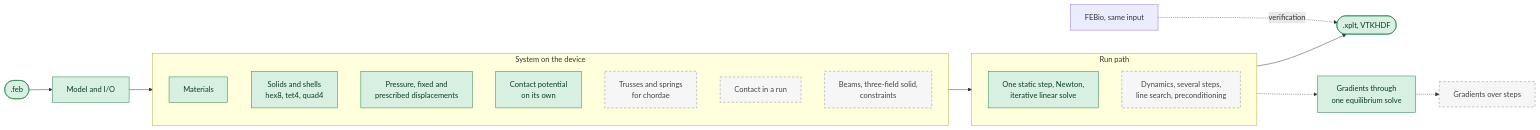
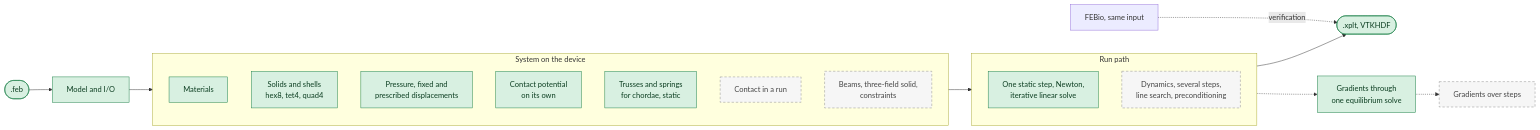
One commit to JolleyLab/FEBio-Warp-Python changed the diagram in README.md. Above: the diagram before and after it, drawn with Mermaid. The commit also changed other lines of this file and 6 other files, not shown here.

````diff
--- a/README.md
+++ b/README.md
@@ -48,27 +48,27 @@
 ```mermaid
 flowchart LR
     feb([".feb"]):::done --> model["Model and I/O"]:::done
     model --> system
     subgraph system["System on the device"]
         direction TB
         mat["Materials"]:::done
         elem["Solids and shells<br/>hex8, tet4, quad4"]:::done
         loads["Pressure, fixed and<br/>prescribed displacements"]:::done
         pot["Contact potential<br/>on its own"]:::done
-        chord["Trusses and springs<br/>for chordae"]:::todo
+        chord["Trusses and springs<br/>for chordae, static"]:::done
         inrun["Contact in a run"]:::todo
         beams["Beams, three-field solid,<br/>constraints"]:::todo
     end
     system --> run
     subgraph run["Run path"]
         direction TB
         static["One static step, Newton,<br/>iterative linear solve"]:::done
         dyn["Dynamics, several steps,<br/>line search, preconditioning"]:::todo
     end
     run --> results([".xplt, VTKHDF"]):::done
     run -.-> grad["Gradients through<br/>one equilibrium solve"]:::done
     grad -.-> traj["Gradients over steps"]:::todo
     febio["FEBio, same input"] -.->|verification| results
     classDef done fill:#d8f0e1,stroke:#1a7f47,color:#0b3d20
     classDef todo fill:#f6f6f6,stroke:#8a8a8a,color:#444444,stroke-dasharray:5 4
 ```
````
